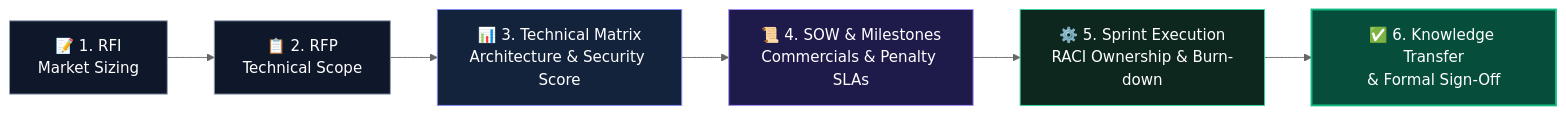
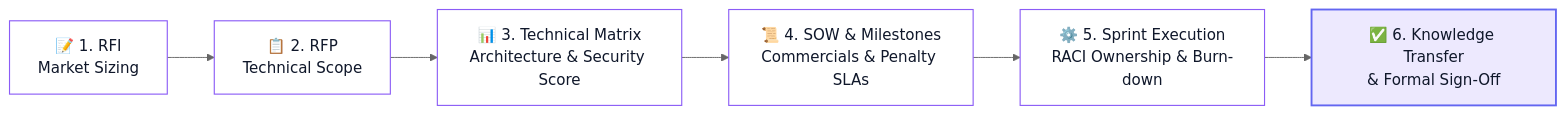
Before and after one commit to Ankitasingh-singh/Ankitasingh-singh: the eighth of 10 diagrams in README.md, drawn with Mermaid (neutral theme). The commit also changed other lines of this file, not shown here.

Commit message:
docs: update profile README with professional portfolio and skills matrix

````diff
--- a/README.md
+++ b/README.md
@@ -468,15 +569,15 @@
 ```mermaid
 flowchart LR
-    RFI["📝 1. RFI\nMarket Sizing"] --> RFP["📋 2. RFP\nTechnical Scope"]
-    RFP --> Matrix["📊 3. Technical Matrix\nArchitecture & Security Score"]
-    Matrix --> SOW["📜 4. SOW & Milestones\nCommercials & Penalty SLAs"]
-    SOW --> Execution["⚙️ 5. Sprint Execution\nRACI Ownership & Burn-down"]
-    Execution --> Signoff["✅ 6. Knowledge Transfer\n& Formal Sign-Off"]
+    RFI["📝 1. RFI<br/>Market Sizing"] --> RFP["📋 2. RFP<br/>Technical Scope"]
+    RFP --> Matrix["📊 3. Technical Matrix<br/>Architecture & Security Score"]
+    Matrix --> SOW["📜 4. SOW & Milestones<br/>Commercials & Penalty SLAs"]
+    SOW --> Execution["⚙️ 5. Sprint Execution<br/>RACI Ownership & Burn-down"]
+    Execution --> Signoff["✅ 6. Knowledge Transfer<br/>& Formal Sign-Off"]
 
-    style RFI fill:#0f172a,stroke:#94a3b8,stroke-width:1px,color:#fff
-    style RFP fill:#0f172a,stroke:#94a3b8,stroke-width:1px,color:#fff
-    style Matrix fill:#14233c,stroke:#818cf8,stroke-width:1px,color:#fff
-    style SOW fill:#1e1b4b,stroke:#a78bfa,stroke-width:1px,color:#fff
-    style Execution fill:#0d261e,stroke:#34d399,stroke-width:1px,color:#fff
-    style Signoff fill:#064e3b,stroke:#10b981,stroke-width:2px,color:#fff
+    style RFI fill:#ffffff,stroke:#8b5cf6,stroke-width:1.2px,color:#0f172a
+    style RFP fill:#ffffff,stroke:#8b5cf6,stroke-width:1.2px,color:#0f172a
+    style Matrix fill:#ffffff,stroke:#8b5cf6,stroke-width:1.2px,color:#0f172a
+    style SOW fill:#ffffff,stroke:#8b5cf6,stroke-width:1.2px,color:#0f172a
+    style Execution fill:#ffffff,stroke:#8b5cf6,stroke-width:1.2px,color:#0f172a
+    style Signoff fill:#ede9fe,stroke:#6366f1,stroke-width:2px,color:#0f172a
 ```
````
